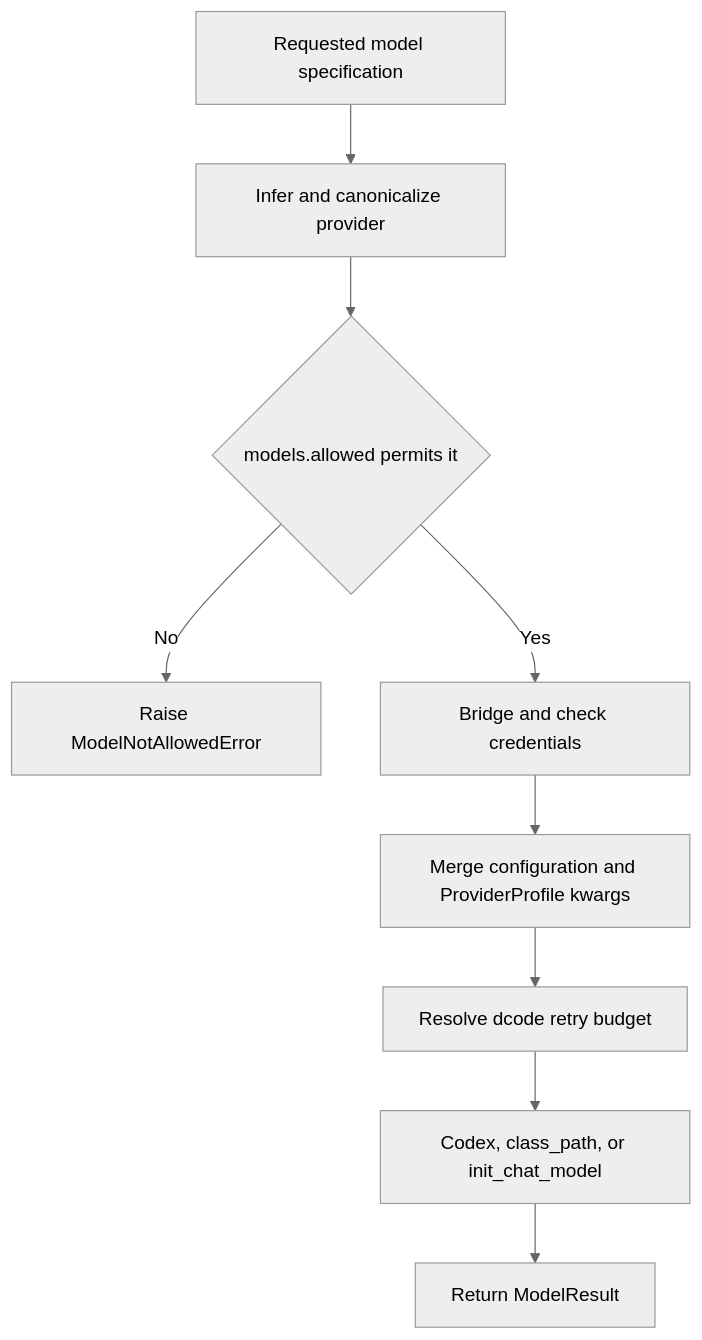
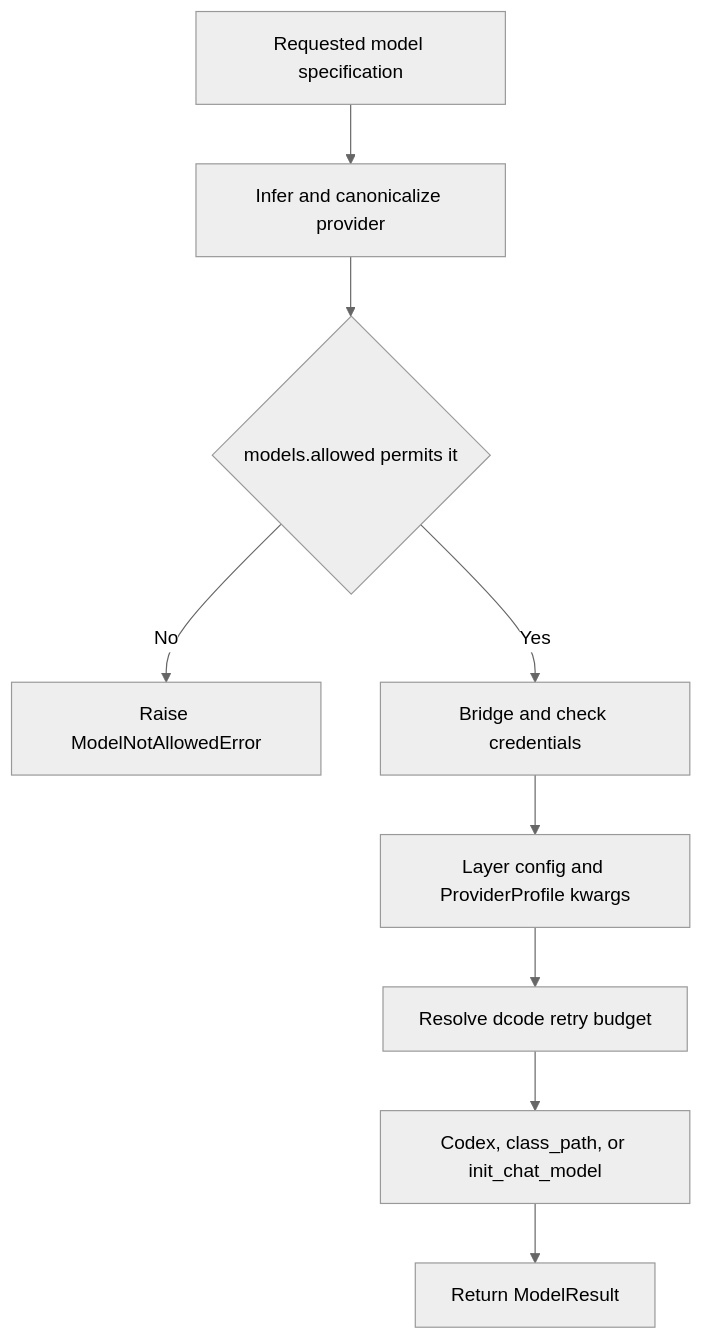
The third of 4 diagrams in openwiki/concepts/profiles-models.md (langchain-ai/deepagents), drawn with Mermaid (neutral theme) before and after one commit. The commit also changed other lines of this file and 34 other files, not shown here.

````diff
--- a/openwiki/concepts/profiles-models.md
+++ b/openwiki/concepts/profiles-models.md
@@ -98,11 +126,11 @@
 ```mermaid
 flowchart TD
     Request["Requested model specification"] --> Canonical["Infer and canonicalize provider"]
     Canonical --> Permit{"models.allowed permits it"}
     Permit -->|No| Deny["Raise ModelNotAllowedError"]
     Permit -->|Yes| Credentials["Bridge and check credentials"]
-    Credentials --> Compose["Merge configuration and ProviderProfile kwargs"]
+    Credentials --> Compose["Layer config and ProviderProfile kwargs"]
     Compose --> Retry["Resolve dcode retry budget"]
     Retry --> Construct["Codex, class_path, or init_chat_model"]
     Construct --> Result["Return ModelResult"]
 ```
````
